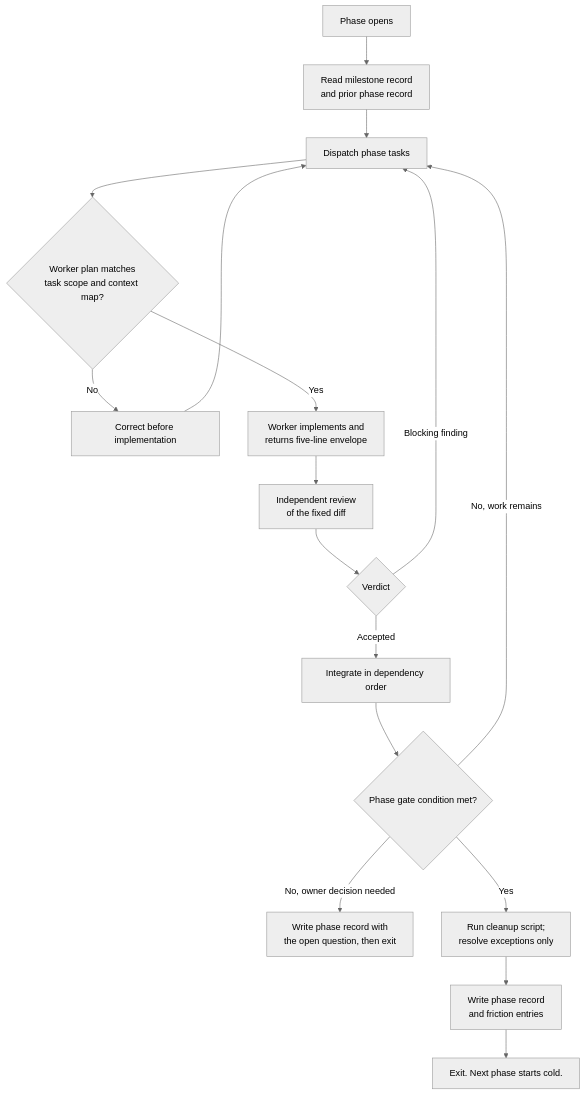
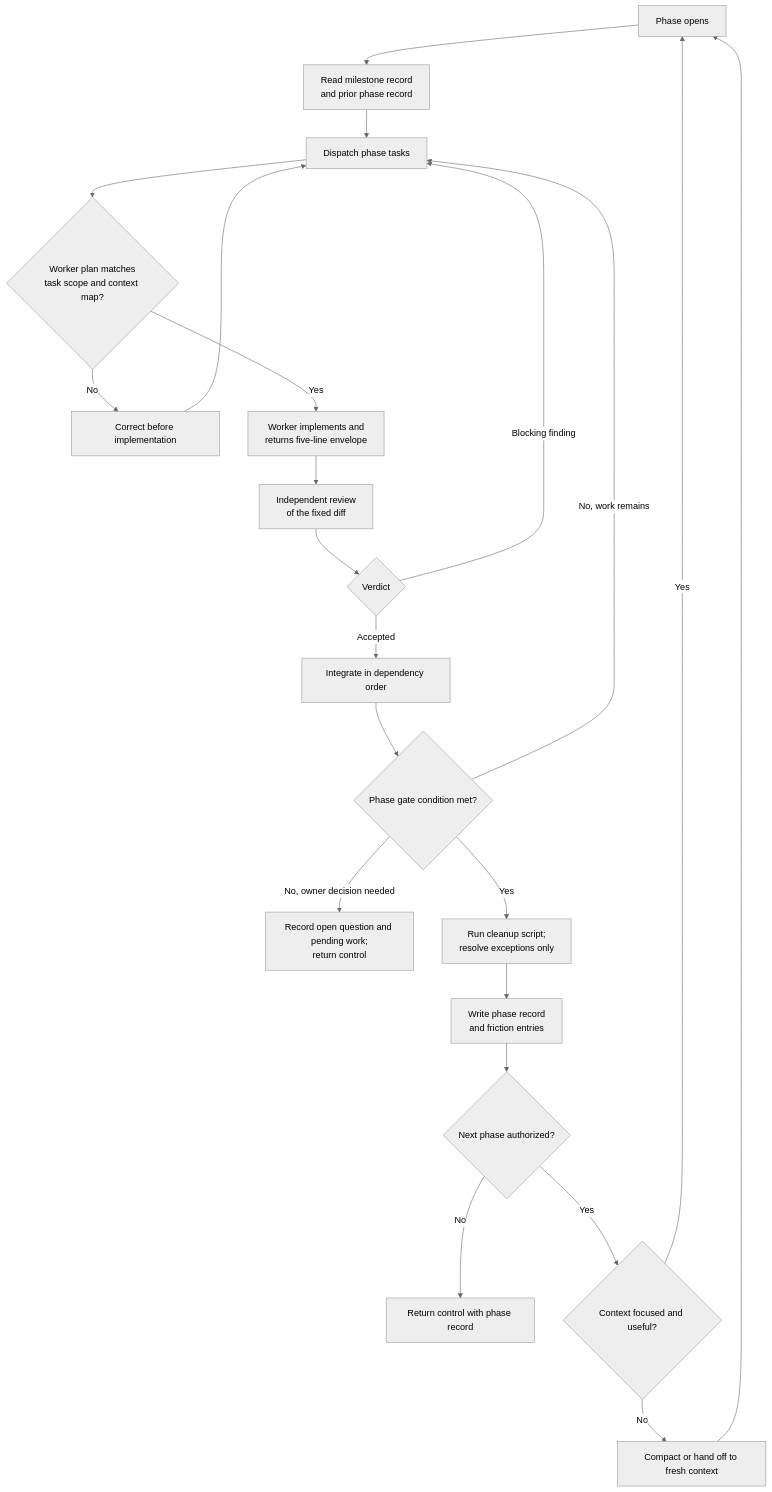
One commit to SwitchOCE/Switchflow changed the second of 3 diagrams in template/backlog/docs/doc-06 - Workflow-diagrams.md. Above: the diagram before and after it, drawn with Mermaid (neutral theme). The commit also changed other lines of this file and 11 other files, not shown here.

````diff
--- a/template/backlog/docs/doc-06 - Workflow-diagrams.md
+++ b/template/backlog/docs/doc-06 - Workflow-diagrams.md
@@ -49,19 +49,24 @@
 ```mermaid
 flowchart TD
     S[Phase opens] --> R1[Read milestone record<br/>and prior phase record]
     R1 --> DP[Dispatch phase tasks]
     DP --> CK{Worker plan matches<br/>task scope and context map?}
     CK -- No --> CR[Correct before implementation]
     CR --> DP
     CK -- Yes --> IM[Worker implements and<br/>returns five-line envelope]
     IM --> RV[Independent review<br/>of the fixed diff]
     RV --> AC{Verdict}
     AC -- Blocking finding --> DP
     AC -- Accepted --> IN[Integrate in dependency order]
     IN --> GT{Phase gate condition met?}
     GT -- No, work remains --> DP
-    GT -- No, owner decision needed --> XQ[Write phase record with<br/>the open question, then exit]
+    GT -- No, owner decision needed --> XQ[Record open question and pending work;<br/>return control]
     GT -- Yes --> CL[Run cleanup script;<br/>resolve exceptions only]
     CL --> WR[Write phase record<br/>and friction entries]
-    WR --> X[Exit. Next phase starts cold.]
+    WR --> AUTH{Next phase authorized?}
+    AUTH -- No --> X[Return control with phase record]
+    AUTH -- Yes --> CT{Context focused and useful?}
+    CT -- Yes --> S
+    CT -- No --> HC[Compact or hand off to fresh context]
+    HC --> S
 ```
````
